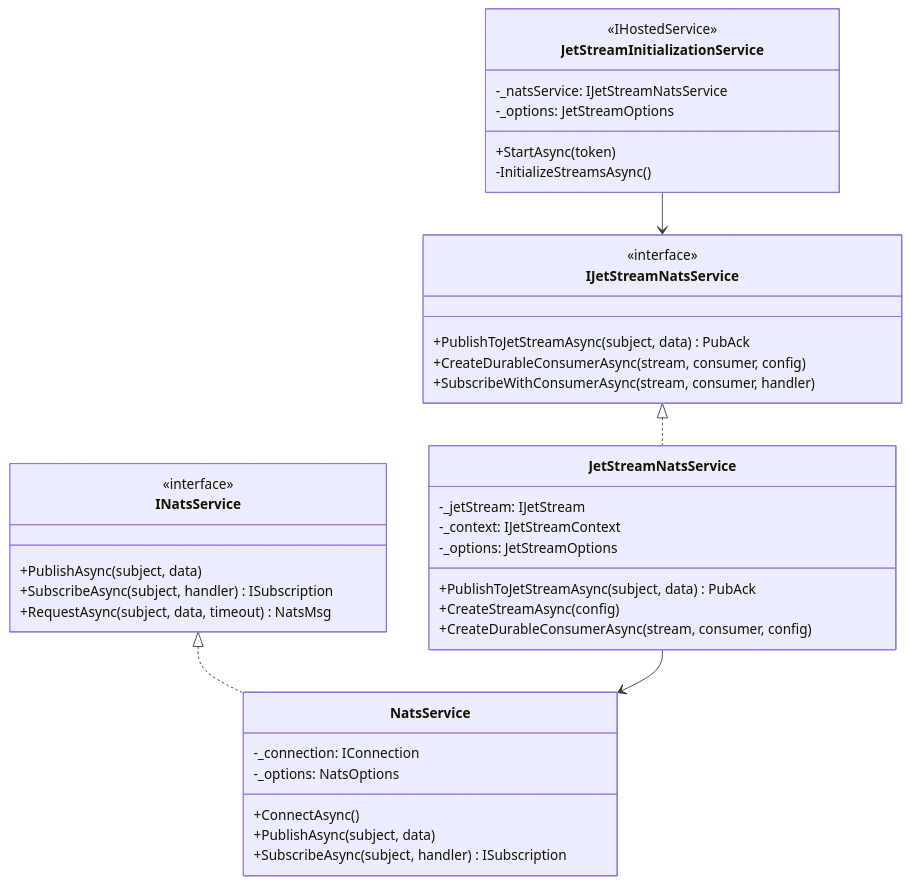
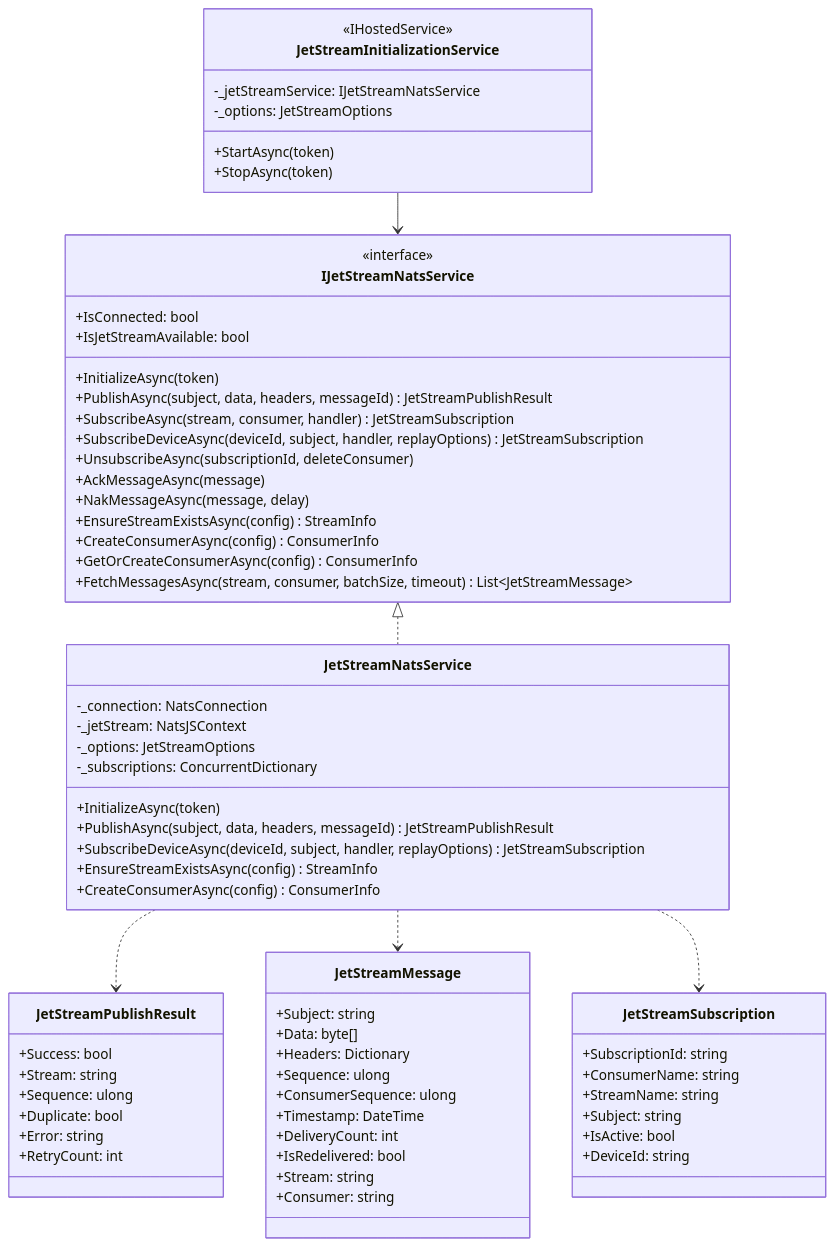
One commit to jtayl222/nats-websocket-bridge changed the third of 9 diagrams in docs/diagrams/class-diagrams.md. Above: the diagram before and after it, drawn with Mermaid. The commit also changed 7 other files, not shown here.

Commit message:
use JetStream consumers instead of NATS core subscribe

````diff
--- a/docs/diagrams/class-diagrams.md
+++ b/docs/diagrams/class-diagrams.md
@@ -114,46 +114,76 @@
 ```mermaid
 classDiagram
-    class INatsService {
-        <<interface>>
-        +PublishAsync(subject, data)
-        +SubscribeAsync(subject, handler) ISubscription
-        +RequestAsync(subject, data, timeout) NatsMsg
-    }
-
-    class NatsService {
-        -_connection: IConnection
-        -_options: NatsOptions
-        +ConnectAsync()
-        +PublishAsync(subject, data)
-        +SubscribeAsync(subject, handler) ISubscription
-    }
-
     class IJetStreamNatsService {
         <<interface>>
-        +PublishToJetStreamAsync(subject, data) PubAck
-        +CreateDurableConsumerAsync(stream, consumer, config)
-        +SubscribeWithConsumerAsync(stream, consumer, handler)
+        +IsConnected: bool
+        +IsJetStreamAvailable: bool
+        +InitializeAsync(token)
+        +PublishAsync(subject, data, headers, messageId) JetStreamPublishResult
+        +SubscribeAsync(stream, consumer, handler) JetStreamSubscription
+        +SubscribeDeviceAsync(deviceId, subject, handler, replayOptions) JetStreamSubscription
+        +UnsubscribeAsync(subscriptionId, deleteConsumer)
+        +AckMessageAsync(message)
+        +NakMessageAsync(message, delay)
+        +EnsureStreamExistsAsync(config) StreamInfo
+        +CreateConsumerAsync(config) ConsumerInfo
+        +GetOrCreateConsumerAsync(config) ConsumerInfo
+        +FetchMessagesAsync(stream, consumer, batchSize, timeout) List~JetStreamMessage~
     }
 
     class JetStreamNatsService {
-        -_jetStream: IJetStream
-        -_context: IJetStreamContext
+        -_connection: NatsConnection
+        -_jetStream: NatsJSContext
         -_options: JetStreamOptions
-        +PublishToJetStreamAsync(subject, data) PubAck
-        +CreateStreamAsync(config)
-        +CreateDurableConsumerAsync(stream, consumer, config)
+        -_subscriptions: ConcurrentDictionary
+        +InitializeAsync(token)
+        +PublishAsync(subject, data, headers, messageId) JetStreamPublishResult
+        +SubscribeDeviceAsync(deviceId, subject, handler, replayOptions) JetStreamSubscription
+        +EnsureStreamExistsAsync(config) StreamInfo
+        +CreateConsumerAsync(config) ConsumerInfo
     }
 
     class JetStreamInitializationService {
         <<IHostedService>>
-        -_natsService: IJetStreamNatsService
+        -_jetStreamService: IJetStreamNatsService
         -_options: JetStreamOptions
         +StartAsync(token)
-        -InitializeStreamsAsync()
+        +StopAsync(token)
     }
 
-    INatsService <|.. NatsService
+    class JetStreamPublishResult {
+        +Success: bool
+        +Stream: string
+        +Sequence: ulong
+        +Duplicate: bool
+        +Error: string
+        +RetryCount: int
+    }
+
+    class JetStreamMessage {
+        +Subject: string
+        +Data: byte[]
+        +Headers: Dictionary
+        +Sequence: ulong
+        +ConsumerSequence: ulong
+        +Timestamp: DateTime
+        +DeliveryCount: int
+        +IsRedelivered: bool
+        +Stream: string
+        +Consumer: string
+    }
+
+    class JetStreamSubscription {
+        +SubscriptionId: string
+        +ConsumerName: string
+        +StreamName: string
+        +Subject: string
+        +IsActive: bool
+        +DeviceId: string
+    }
+
     IJetStreamNatsService <|.. JetStreamNatsService
-    JetStreamNatsService --> NatsService
     JetStreamInitializationService --> IJetStreamNatsService
+    JetStreamNatsService ..> JetStreamPublishResult
+    JetStreamNatsService ..> JetStreamMessage
+    JetStreamNatsService ..> JetStreamSubscription
 ```
````
